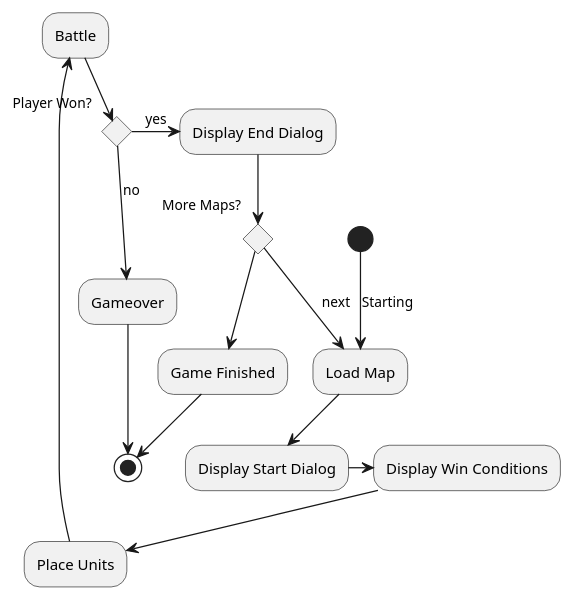
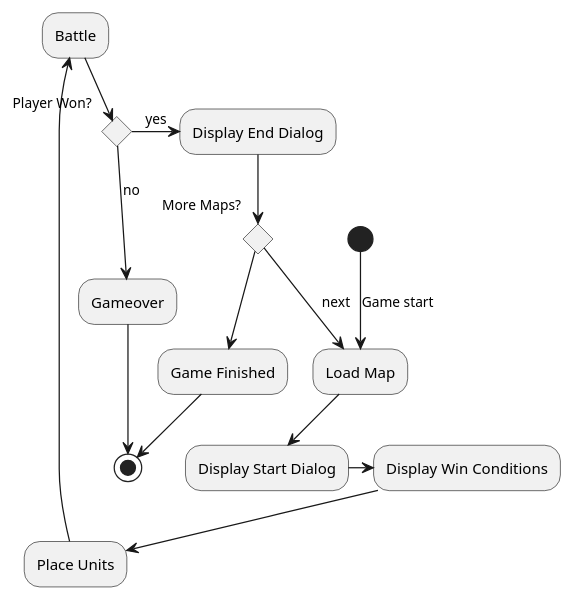
One commit to Bilalh/A-Tactical-RPG-Engine changed the diagram in docs/Dissertation/figures/game.puml. Above: the diagram before and after it, drawn with PlantUML. The commit also changed 7 other files, not shown here.

```diff
--- a/docs/Dissertation/figures/game.puml
+++ b/docs/Dissertation/figures/game.puml
@@ -1,22 +1,22 @@
 @startuml img/activity_img01.png
 
-(*) -->[Starting] "Load Map"
+(*) -->[Game start] "Load Map"
   --> "Display Start Dialog"
   -right-> "Display Win Conditions"
   --> "Place Units"
   -left-> "Battle"
   
   if "Player Won?" then
   	-right->[yes] "Display End Dialog"
   	if "More Maps?" then
   		-->[next] "Load Map"
   	else
   		--> "Game Finished"
   		--> (*)
   	endif
   else 
   	-->[no] "Gameover"
   	--> (*)
   endif
 
 @enduml
```
